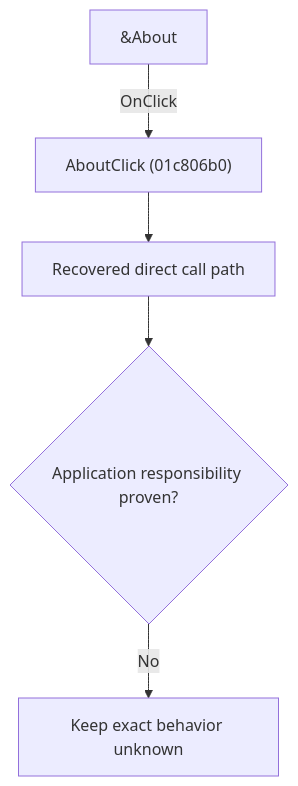
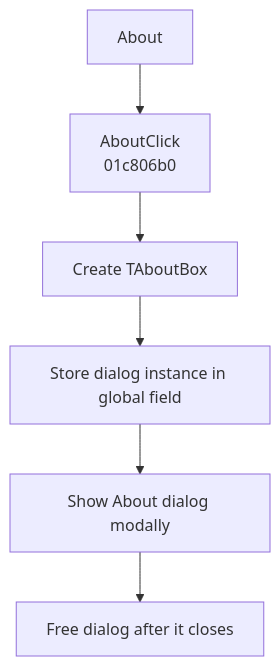
One commit to MovGP0/TIARA changed the diagram in docs/ui-controls/schematiceditor/about-b2df2defa3.md. Above: the diagram before and after it, drawn with Mermaid. The commit also changed other lines of this file and 241 other files, not shown here.

````diff
--- a/docs/ui-controls/schematiceditor/about-b2df2defa3.md
+++ b/docs/ui-controls/schematiceditor/about-b2df2defa3.md
@@ -27,7 +27,8 @@
 ```mermaid
 flowchart TD
-    control["&About"] -->|"OnClick"| handler["AboutClick (01c806b0)"]
-    handler --> recovered["Recovered direct call path"]
-    recovered --> gap{"Application responsibility proven?"}
-    gap -->|"No"| blocked["Keep exact behavior unknown"]
+    control["About"] --> handler["AboutClick<br/>01c806b0"]
+    handler --> create["Create TAboutBox"]
+    create --> global["Store dialog instance in global field"]
+    global --> modal["Show About dialog modally"]
+    modal --> destroy["Free dialog after it closes"]
 ```
````
